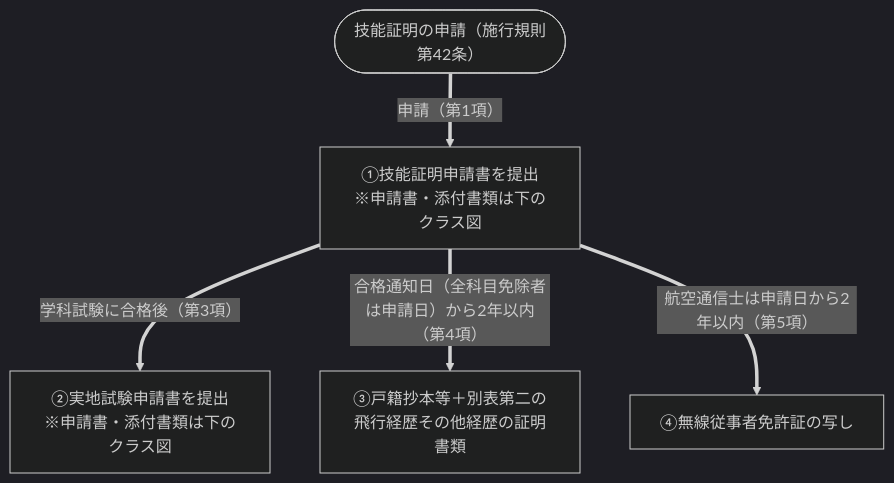
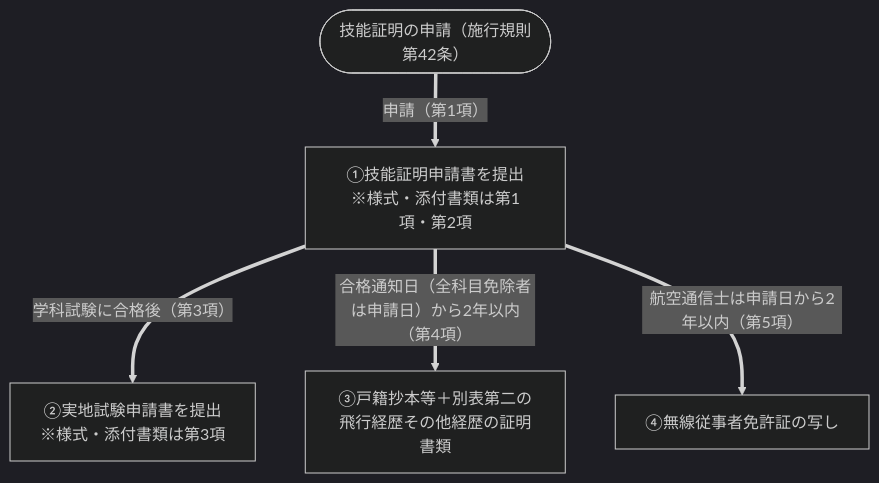
One commit to yonemotoBB/pil changed the first of 5 diagrams in chapters/04_第四章.md. Above: the diagram before and after it, drawn with Mermaid (dark theme). The commit also changed other lines of this file and 2 other files, not shown here.

First line of the commit message:
法規まとめ: 冗長なmermaid図39個を削除（全50→11）

````diff
--- a/chapters/04_第四章.md
+++ b/chapters/04_第四章.md
@@ -28,8 +28,8 @@
 ```mermaid
 flowchart TD
     START(["技能証明の申請（施行規則第42条）"])
-    START == 申請（第1項） ==> A["①技能証明申請書を提出<br>※申請書・添付書類は下のクラス図"]
-    A == 学科試験に合格後（第3項） ==> B["②実地試験申請書を提出<br>※申請書・添付書類は下のクラス図"]
+    START == 申請（第1項） ==> A["①技能証明申請書を提出<br>※様式・添付書類は第1項・第2項"]
+    A == 学科試験に合格後（第3項） ==> B["②実地試験申請書を提出<br>※様式・添付書類は第3項"]
     A == 合格通知日（全科目免除者は申請日）から2年以内（第4項） ==> C["③戸籍抄本等＋別表第二の<br>飛行経歴その他経歴の証明書類"]
     A == 航空通信士は申請日から2年以内（第5項） ==> D["④無線従事者免許証の写し"]
 ```
````
